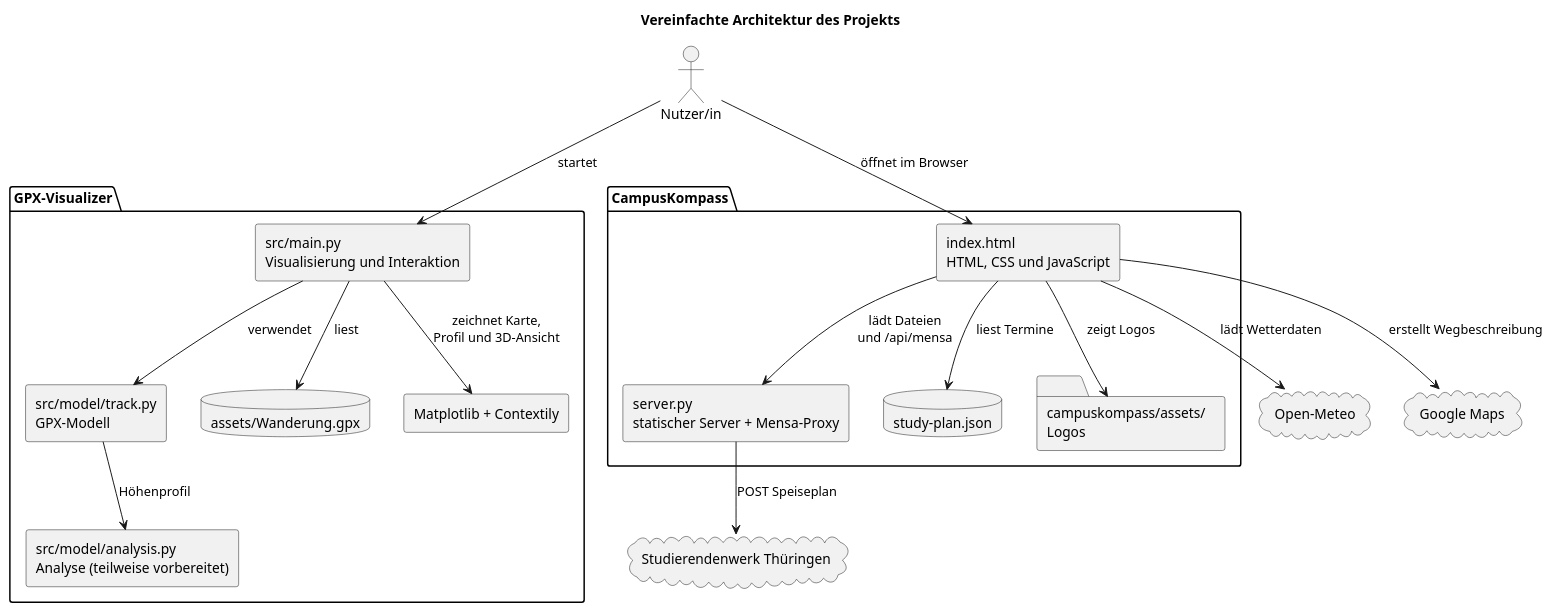
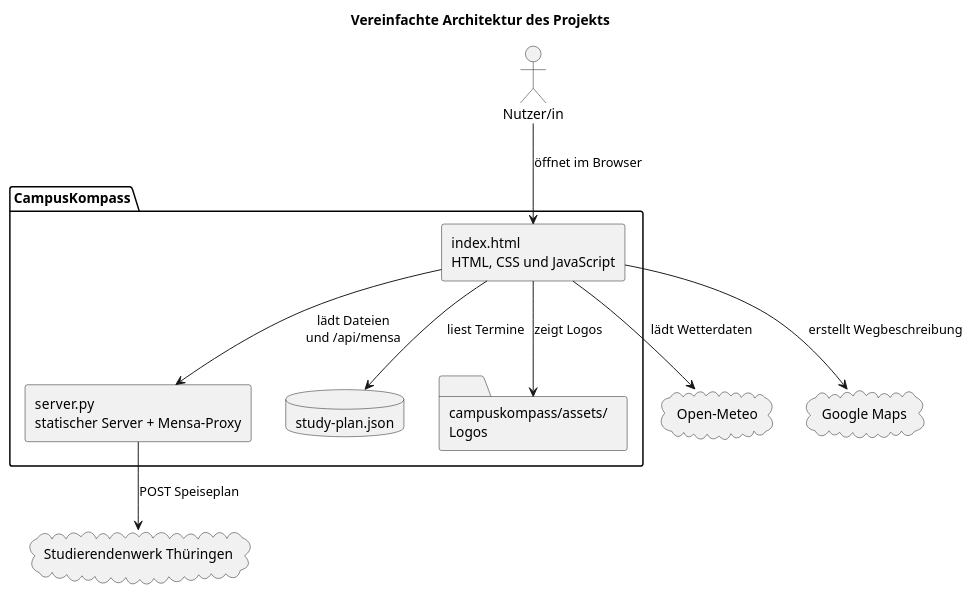
Before and after one commit to hsm-se-workshop-2026/campuskompass: the diagram in docs/komponenten.puml, drawn with PlantUML. The commit also changed 6 other files, not shown here.

```diff
--- a/docs/komponenten.puml
+++ b/docs/komponenten.puml
@@ -1,42 +1,28 @@
 @startuml
 title Vereinfachte Architektur des Projekts
 
 skinparam componentStyle rectangle
 skinparam shadowing false
 
 actor "Nutzer/in" as User
-
-package "GPX-Visualizer" {
-  component "src/main.py\nVisualisierung und Interaktion" as GpxMain
-  component "src/model/track.py\nGPX-Modell" as Track
-  component "src/model/analysis.py\nAnalyse (teilweise vorbereitet)" as Analysis
-  database "assets/Wanderung.gpx" as GpxFile
-  component "Matplotlib + Contextily" as Plot
-}
 
 package "CampusKompass" {
   component "index.html\nHTML, CSS und JavaScript" as Dashboard
   component "server.py\nstatischer Server + Mensa-Proxy" as Server
   database "study-plan.json" as StudyPlan
   folder "campuskompass/assets/\nLogos" as Logos
 }
 
 cloud "Studierendenwerk Thüringen" as Mensa
 cloud "Open-Meteo" as Weather
 cloud "Google Maps" as Maps
 
-User --> GpxMain : startet
-GpxMain --> GpxFile : liest
-GpxMain --> Track : verwendet
-Track --> Analysis : Höhenprofil
-GpxMain --> Plot : zeichnet Karte,\nProfil und 3D-Ansicht
-
 User --> Dashboard : öffnet im Browser
 Dashboard --> Server : lädt Dateien\nund /api/mensa
 Dashboard --> StudyPlan : liest Termine
 Dashboard --> Logos : zeigt Logos
 Server --> Mensa : POST Speiseplan
 Dashboard --> Weather : lädt Wetterdaten
 Dashboard --> Maps : erstellt Wegbeschreibung
 
 @enduml
```
